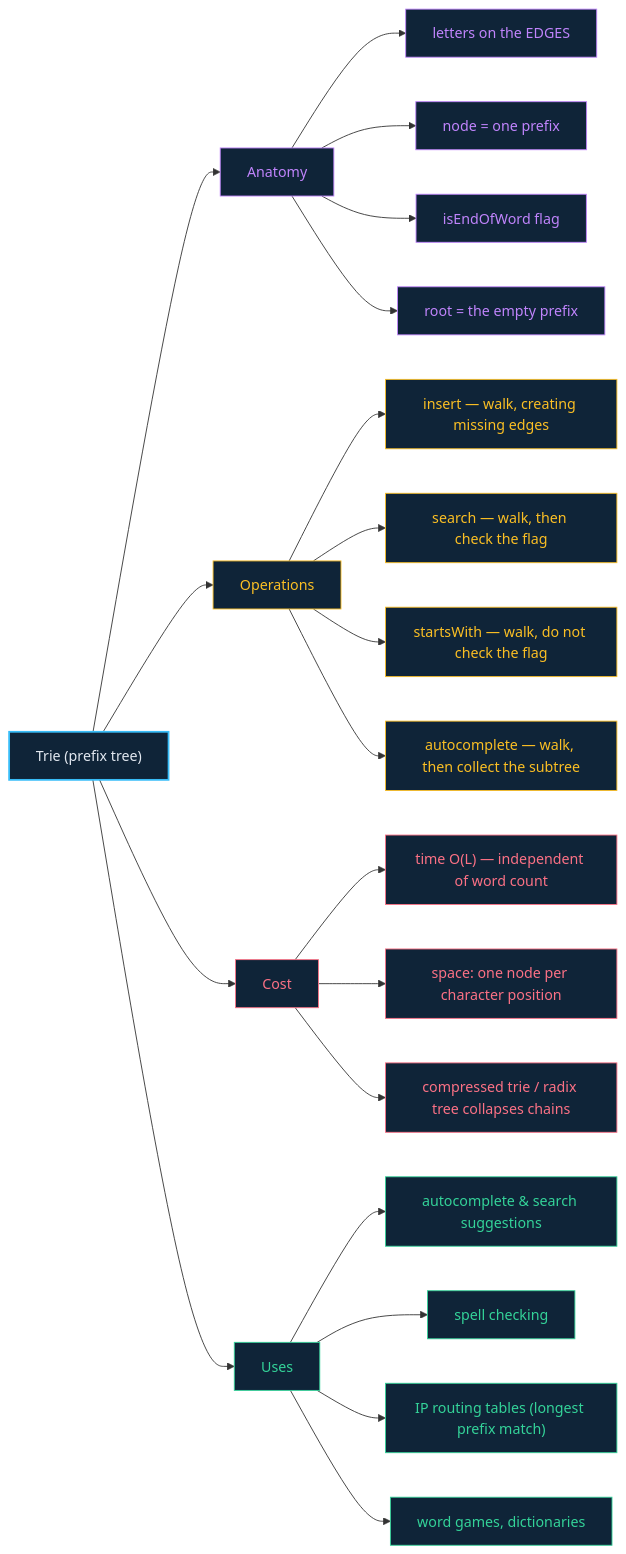
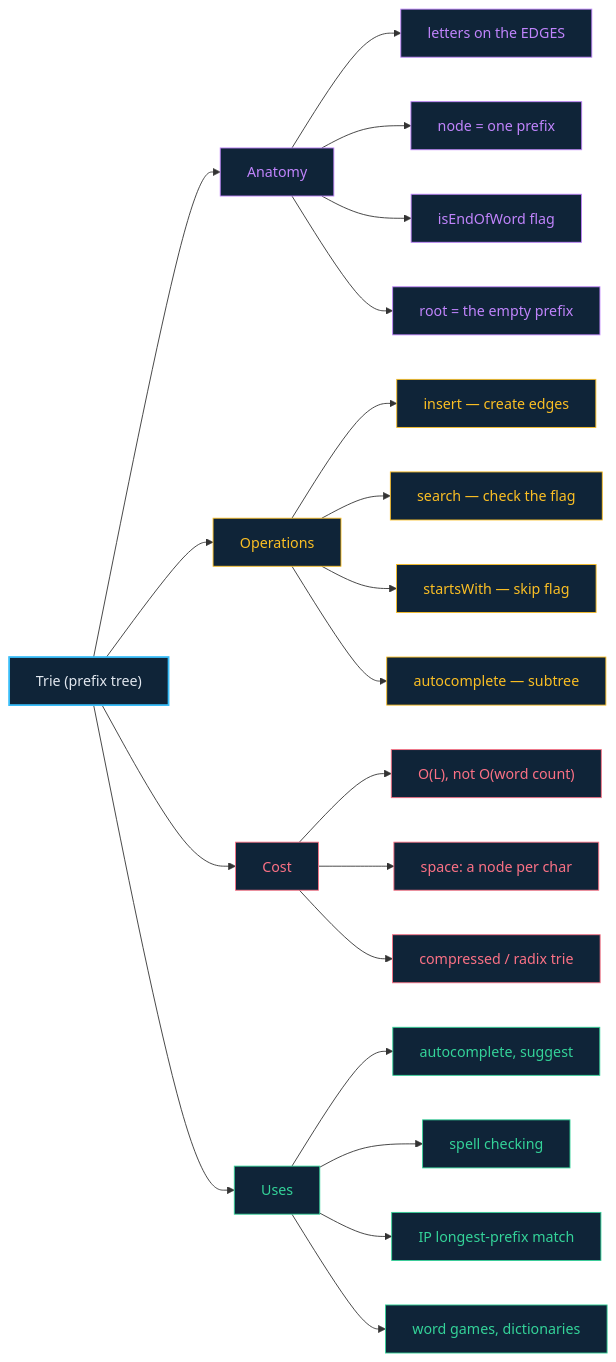
The diagram in docs/12-tries.md (rajeshgoyalg/Learn-Data-Structures-and-Algorithms-Visually), drawn with Mermaid before and after one commit. The commit also changed 21 other files, not shown here.

First line of the commit message:
Shorten every mermaid label so diagrams cannot overflow and clip

````diff
--- a/docs/12-tries.md
+++ b/docs/12-tries.md
@@ -36,37 +36,37 @@
 ```mermaid
 flowchart LR
   T["Trie (prefix tree)"] --> A["Anatomy"]
   T --> O["Operations"]
   T --> C["Cost"]
   T --> U["Uses"]
 
   A --> A1["letters on the EDGES"]
   A --> A2["node = one prefix"]
   A --> A3["isEndOfWord flag"]
   A --> A4["root = the empty prefix"]
 
-  O --> O1["insert — walk, creating missing edges"]
-  O --> O2["search — walk, then check the flag"]
-  O --> O3["startsWith — walk, do not check the flag"]
-  O --> O4["autocomplete — walk, then collect the subtree"]
+  O --> O1["insert — create edges"]
+  O --> O2["search — check the flag"]
+  O --> O3["startsWith — skip flag"]
+  O --> O4["autocomplete — subtree"]
 
-  C --> C1["time O(L) — independent of word count"]
-  C --> C2["space: one node per character position"]
-  C --> C3["compressed trie / radix tree collapses chains"]
+  C --> C1["O(L), not O(word count)"]
+  C --> C2["space: a node per char"]
+  C --> C3["compressed / radix trie"]
 
-  U --> U1["autocomplete & search suggestions"]
+  U --> U1["autocomplete, suggest"]
   U --> U2["spell checking"]
-  U --> U3["IP routing tables (longest prefix match)"]
+  U --> U3["IP longest-prefix match"]
   U --> U4["word games, dictionaries"]
 
   classDef root fill:#0f2438,stroke:#38bdf8,stroke-width:2px,color:#e2e8f0
   classDef a fill:#0f2438,stroke:#c084fc,color:#c084fc
   classDef o fill:#0f2438,stroke:#fbbf24,color:#fbbf24
   classDef c fill:#0f2438,stroke:#fb7185,color:#fb7185
   classDef u fill:#0f2438,stroke:#34d399,color:#34d399
   class T root
   class A,A1,A2,A3,A4 a
   class O,O1,O2,O3,O4 o
   class C,C1,C2,C3 c
   class U,U1,U2,U3,U4 u
 ```
````
